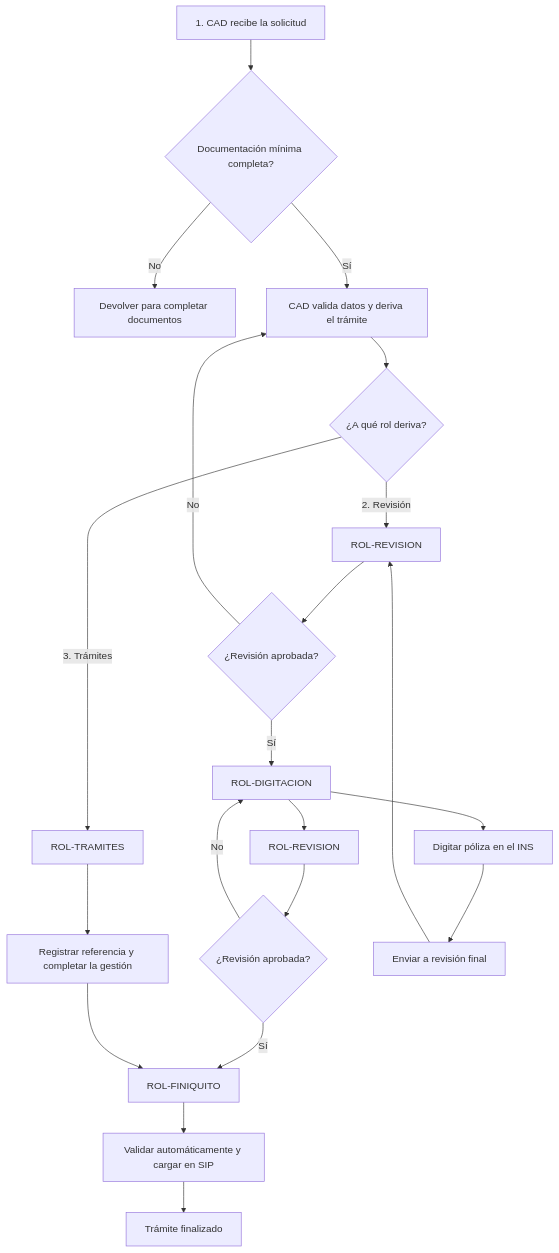
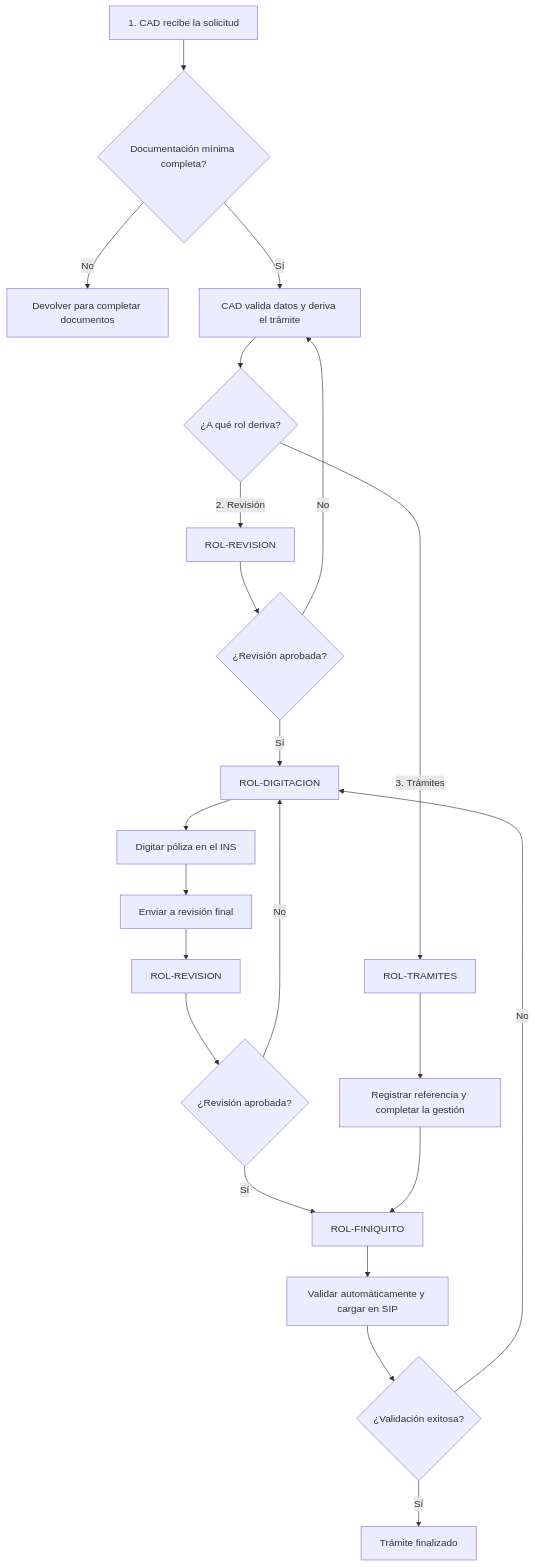
The diagram in docs/tramites/emision-voluntario-automoviles.md (LuisPignataro/Tramites-Docs), drawn with Mermaid before and after one commit. The commit also changed other lines of this file and 3 other files, not shown here.

````diff
--- a/docs/tramites/emision-voluntario-automoviles.md
+++ b/docs/tramites/emision-voluntario-automoviles.md
@@ -88,29 +88,32 @@
 ```mermaid
 flowchart TD
   A["1. CAD recibe la solicitud"] --> B{"Documentación mínima completa?"}
   B -->|"No"| C["Devolver para completar documentos"]
   B -->|"Sí"| D["CAD valida datos y deriva el trámite"]
 
   D --> E{"¿A qué rol deriva?"}
   E -->|"2. Revisión"| F["ROL-REVISION"]
   E -->|"3. Trámites"| G["ROL-TRAMITES"]
   
   F --> J{"¿Revisión aprobada?"}
   J -->|"No"| D
   J -->|"Sí"| H["ROL-DIGITACION"]
-
-  H --> R["ROL-REVISION"]
+  
   R --> S{"¿Revisión aprobada?"}
   S -->|"No"| H
   S -->|"Sí"| I["ROL-FINIQUITO"]
   
   G --> K["Registrar referencia y completar la gestión"]
   K --> I
 
   H --> L["Digitar póliza en el INS"]
   L --> M["Enviar a revisión final"]
-  M --> F
+  M --> R["ROL-REVISION"]
 
   I --> N["Validar automáticamente y cargar en SIP"]
-  N --> O["Trámite finalizado"]
+  N --> O{"¿Validación exitosa?"}
+  O -->|"No"| H
+  O -->|"Sí"| Z
+  
+  Z["Trámite finalizado"]
 ```
````
